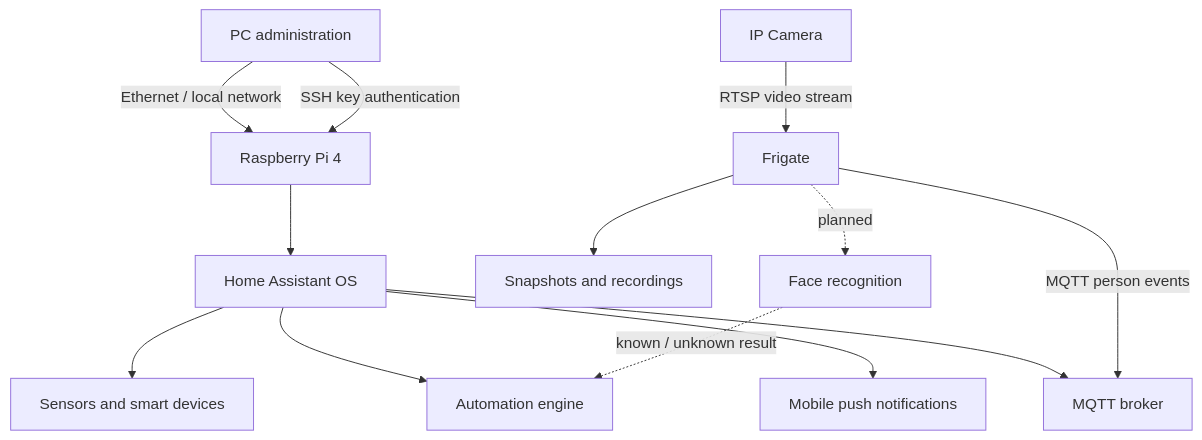
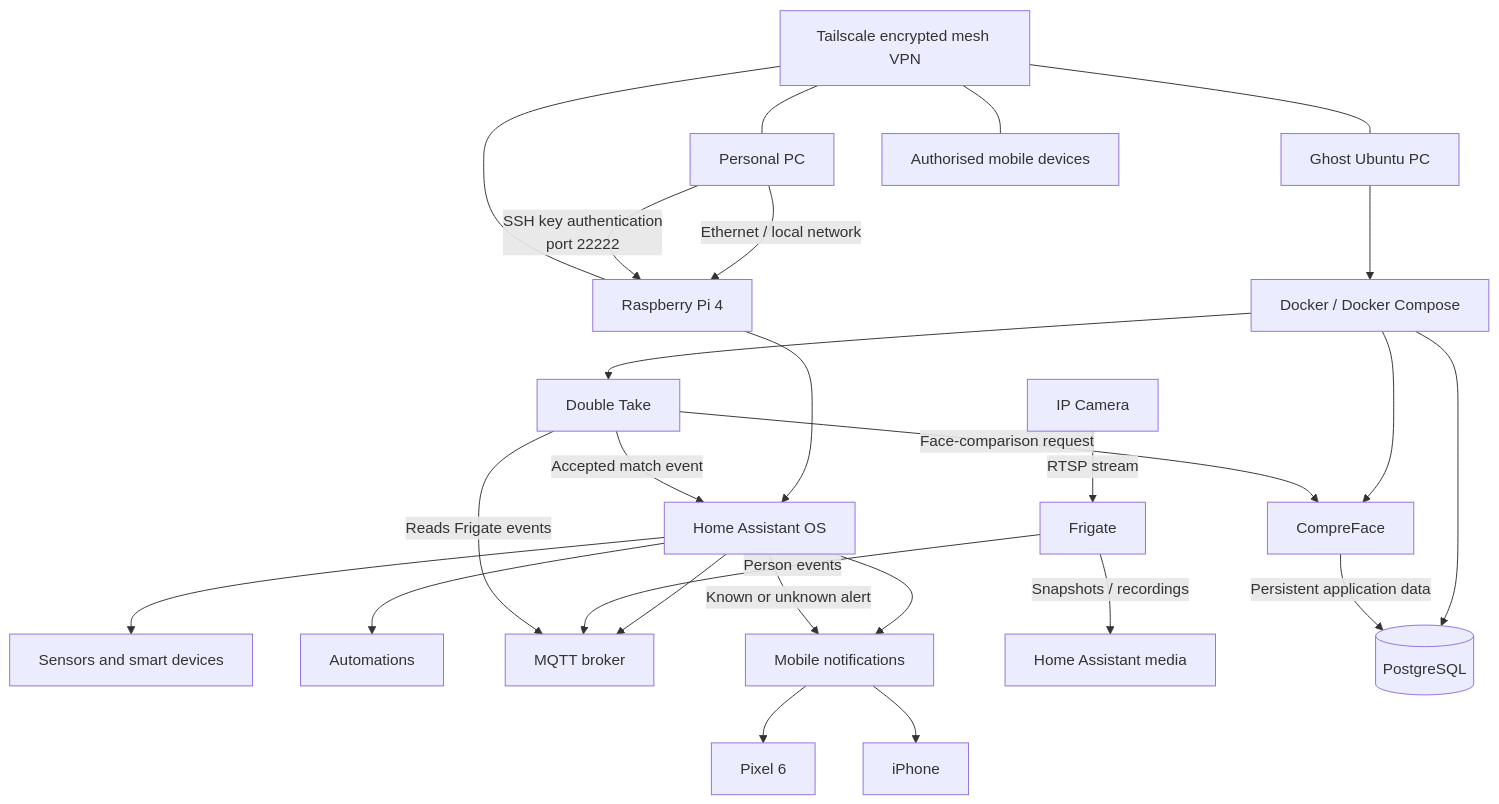
One commit to Ghost2476/Telnet-Internship-raspberry-pi-home-automation-and-ai-surveillance changed the diagram in README.md. Above: the diagram before and after it, drawn with Mermaid. The commit also changed other lines of this file and 49 other files, not shown here.

````diff
--- a/README.md
+++ b/README.md
@@ -27,18 +29,35 @@
 ```mermaid
 flowchart TB
-    PC[PC administration] -->|Ethernet / local network| RPi[Raspberry Pi 4]
-    PC -->|SSH key authentication| RPi
+    Admin[Personal PC] -->|Ethernet / local network| RPi[Raspberry Pi 4]
+    Admin -->|SSH key authentication<br/>port 22222| RPi
 
     RPi --> HA[Home Assistant OS]
     HA --> Sensors[Sensors and smart devices]
-    HA --> Automations[Automation engine]
-    HA --> Notifications[Mobile push notifications]
-    HA --> MQTT[MQTT broker]
+    HA --> Rules[Automations]
+    HA --> Broker[MQTT broker]
+    HA --> Push[Mobile notifications]
 
-    Camera[IP Camera] -->|RTSP video stream| Frigate[Frigate]
-    Frigate -->|MQTT person events| MQTT
-    Frigate --> Media[Snapshots and recordings]
+    Camera[IP Camera] -->|RTSP stream| Frigate[Frigate]
+    Frigate -->|Person events| Broker
+    Frigate -->|Snapshots / recordings| Media[Home Assistant media]
 
-    Frigate -. planned .-> Face[Face recognition]
-    Face -. known / unknown result .-> Automations
+    Ghost[Ghost Ubuntu PC] --> Docker[Docker / Docker Compose]
+    Docker --> DT[Double Take]
+    Docker --> CF[CompreFace]
+    Docker --> PG[(PostgreSQL)]
+
+    DT -->|Reads Frigate events| Broker
+    DT -->|Face-comparison request| CF
+    CF -->|Persistent application data| PG
+    DT -->|Accepted match event| HA
+
+    Tailscale[Tailscale encrypted mesh VPN]
+    Tailscale --- RPi
+    Tailscale --- Ghost
+    Tailscale --- Admin
+    Tailscale --- Phones[Authorised mobile devices]
+
+    HA -->|Known or unknown alert| Push
+    Push --> Pixel[Pixel 6]
+    Push --> iPhone[iPhone]
 ```
````
